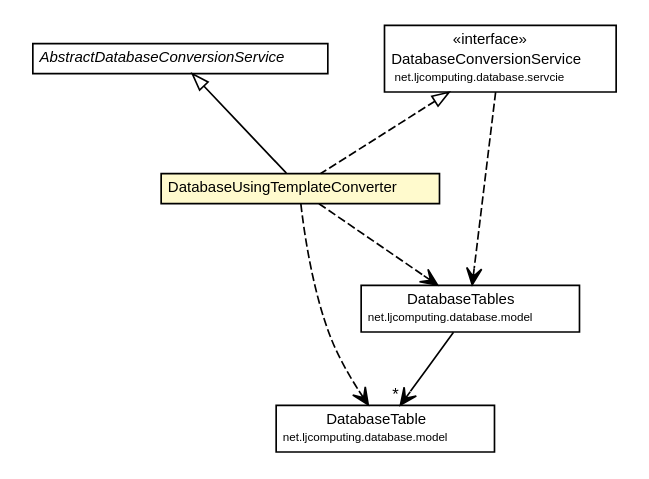
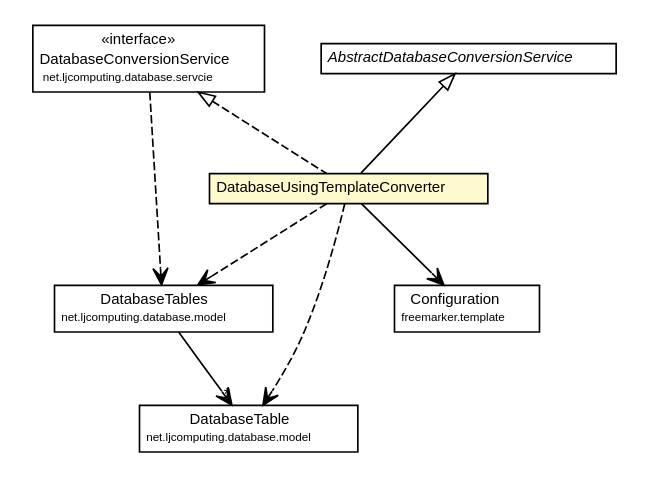
Before and after one commit to willmorejg/net.ljcomputing.database: the diagram in docs/javadoc/apidocs/net/ljcomputing/database/servcie/impl/DatabaseUsingTemplateConverter.dot, drawn with Graphviz. The commit also changed 94 other files, not shown here.

```diff
--- a/docs/javadoc/apidocs/net/ljcomputing/database/servcie/impl/DatabaseUsingTemplateConverter.dot
+++ b/docs/javadoc/apidocs/net/ljcomputing/database/servcie/impl/DatabaseUsingTemplateConverter.dot
@@ -1,58 +1,67 @@
 #!/usr/local/bin/dot
 #
 # Class diagram 
 # Generated by UMLGraph version R5_6 (http://www.umlgraph.org/)
 #
 
 digraph G {
 	edge [fontname="Helvetica",fontsize=10,labelfontname="Helvetica",labelfontsize=10];
 	node [fontname="Helvetica",fontsize=10,shape=plaintext];
 	nodesep=0.25;
 	ranksep=0.5;
+	// net.ljcomputing.database.servcie.impl.DatabaseUsingTemplateConverter
+	c801 [label=<<table title="net.ljcomputing.database.servcie.impl.DatabaseUsingTemplateConverter" border="0" cellborder="1" cellspacing="0" cellpadding="2" port="p" bgcolor="lemonChiffon" href="./DatabaseUsingTemplateConverter.html">
+		<tr><td><table border="0" cellspacing="0" cellpadding="1">
+<tr><td align="center" balign="center"> DatabaseUsingTemplateConverter </td></tr>
+		</table></td></tr>
+		</table>>, URL="./DatabaseUsingTemplateConverter.html", fontname="Helvetica", fontcolor="black", fontsize=9.0];
+	// net.ljcomputing.database.servcie.impl.AbstractDatabaseConversionService
+	c802 [label=<<table title="net.ljcomputing.database.servcie.impl.AbstractDatabaseConversionService" border="0" cellborder="1" cellspacing="0" cellpadding="2" port="p" href="./AbstractDatabaseConversionService.html">
+		<tr><td><table border="0" cellspacing="0" cellpadding="1">
+<tr><td align="center" balign="center"><font face="Helvetica-Oblique"> AbstractDatabaseConversionService </font></td></tr>
+		</table></td></tr>
+		</table>>, URL="./AbstractDatabaseConversionService.html", fontname="Helvetica", fontcolor="black", fontsize=9.0];
 	// net.ljcomputing.database.servcie.DatabaseConversionService
-	c229 [label=<<table title="net.ljcomputing.database.servcie.DatabaseConversionService" border="0" cellborder="1" cellspacing="0" cellpadding="2" port="p" href="../DatabaseConversionService.html">
+	c804 [label=<<table title="net.ljcomputing.database.servcie.DatabaseConversionService" border="0" cellborder="1" cellspacing="0" cellpadding="2" port="p" href="../DatabaseConversionService.html">
 		<tr><td><table border="0" cellspacing="0" cellpadding="1">
 <tr><td align="center" balign="center"> &#171;interface&#187; </td></tr>
 <tr><td align="center" balign="center"> DatabaseConversionService </td></tr>
 <tr><td align="center" balign="center"><font point-size="7.0"> net.ljcomputing.database.servcie </font></td></tr>
 		</table></td></tr>
 		</table>>, URL="../DatabaseConversionService.html", fontname="Helvetica", fontcolor="black", fontsize=9.0];
-	// net.ljcomputing.database.servcie.impl.DatabaseUsingTemplateConverter
-	c233 [label=<<table title="net.ljcomputing.database.servcie.impl.DatabaseUsingTemplateConverter" border="0" cellborder="1" cellspacing="0" cellpadding="2" port="p" bgcolor="lemonChiffon" href="./DatabaseUsingTemplateConverter.html">
-		<tr><td><table border="0" cellspacing="0" cellpadding="1">
-<tr><td align="center" balign="center"> DatabaseUsingTemplateConverter </td></tr>
-		</table></td></tr>
-		</table>>, URL="./DatabaseUsingTemplateConverter.html", fontname="Helvetica", fontcolor="black", fontsize=9.0];
-	// net.ljcomputing.database.servcie.impl.AbstractDatabaseConversionService
-	c234 [label=<<table title="net.ljcomputing.database.servcie.impl.AbstractDatabaseConversionService" border="0" cellborder="1" cellspacing="0" cellpadding="2" port="p" href="./AbstractDatabaseConversionService.html">
-		<tr><td><table border="0" cellspacing="0" cellpadding="1">
-<tr><td align="center" balign="center"><font face="Helvetica-Oblique"> AbstractDatabaseConversionService </font></td></tr>
-		</table></td></tr>
-		</table>>, URL="./AbstractDatabaseConversionService.html", fontname="Helvetica", fontcolor="black", fontsize=9.0];
 	// net.ljcomputing.database.model.DatabaseTables
-	c237 [label=<<table title="net.ljcomputing.database.model.DatabaseTables" border="0" cellborder="1" cellspacing="0" cellpadding="2" port="p" href="../../model/DatabaseTables.html">
+	c819 [label=<<table title="net.ljcomputing.database.model.DatabaseTables" border="0" cellborder="1" cellspacing="0" cellpadding="2" port="p" href="../../model/DatabaseTables.html">
 		<tr><td><table border="0" cellspacing="0" cellpadding="1">
 <tr><td align="center" balign="center"> DatabaseTables </td></tr>
 <tr><td align="center" balign="center"><font point-size="7.0"> net.ljcomputing.database.model </font></td></tr>
 		</table></td></tr>
 		</table>>, URL="../../model/DatabaseTables.html", fontname="Helvetica", fontcolor="black", fontsize=9.0];
 	// net.ljcomputing.database.model.DatabaseTable
-	c238 [label=<<table title="net.ljcomputing.database.model.DatabaseTable" border="0" cellborder="1" cellspacing="0" cellpadding="2" port="p" href="../../model/DatabaseTable.html">
+	c820 [label=<<table title="net.ljcomputing.database.model.DatabaseTable" border="0" cellborder="1" cellspacing="0" cellpadding="2" port="p" href="../../model/DatabaseTable.html">
 		<tr><td><table border="0" cellspacing="0" cellpadding="1">
 <tr><td align="center" balign="center"> DatabaseTable </td></tr>
 <tr><td align="center" balign="center"><font point-size="7.0"> net.ljcomputing.database.model </font></td></tr>
 		</table></td></tr>
 		</table>>, URL="../../model/DatabaseTable.html", fontname="Helvetica", fontcolor="black", fontsize=9.0];
 	//net.ljcomputing.database.servcie.impl.DatabaseUsingTemplateConverter extends net.ljcomputing.database.servcie.impl.AbstractDatabaseConversionService
-	c234:p -> c233:p [dir=back,arrowtail=empty];
+	c802:p -> c801:p [dir=back,arrowtail=empty];
 	//net.ljcomputing.database.servcie.impl.DatabaseUsingTemplateConverter implements net.ljcomputing.database.servcie.DatabaseConversionService
-	c229:p -> c233:p [dir=back,arrowtail=empty,style=dashed];
+	c804:p -> c801:p [dir=back,arrowtail=empty,style=dashed];
+	// net.ljcomputing.database.servcie.impl.DatabaseUsingTemplateConverter NAVASSOC freemarker.template.Configuration
+	c801:p -> c826:p [taillabel="", label="", headlabel="", fontname="Helvetica", fontcolor="black", fontsize=10.0, color="black", arrowhead=open];
 	// net.ljcomputing.database.model.DatabaseTables NAVASSOC net.ljcomputing.database.model.DatabaseTable
-	c237:p -> c238:p [taillabel="", label="", headlabel="*", fontname="Helvetica", fontcolor="black", fontsize=10.0, color="black", arrowhead=open];
+	c819:p -> c820:p [taillabel="", label="", headlabel="*", fontname="Helvetica", fontcolor="black", fontsize=10.0, color="black", arrowhead=open];
+	// net.ljcomputing.database.servcie.impl.DatabaseUsingTemplateConverter DEPEND net.ljcomputing.database.model.DatabaseTables
+	c801:p -> c819:p [taillabel="", label="", headlabel="", fontname="Helvetica", fontcolor="black", fontsize=10.0, color="black", arrowhead=open, style=dashed];
+	// net.ljcomputing.database.servcie.impl.DatabaseUsingTemplateConverter DEPEND net.ljcomputing.database.model.DatabaseTable
+	c801:p -> c820:p [taillabel="", label="", headlabel="", fontname="Helvetica", fontcolor="black", fontsize=10.0, color="black", arrowhead=open, style=dashed];
 	// net.ljcomputing.database.servcie.DatabaseConversionService DEPEND net.ljcomputing.database.model.DatabaseTables
-	c229:p -> c237:p [taillabel="", label="", headlabel="", fontname="Helvetica", fontcolor="black", fontsize=10.0, color="black", arrowhead=open, style=dashed];
-	// net.ljcomputing.database.servcie.impl.DatabaseUsingTemplateConverter DEPEND net.ljcomputing.database.model.DatabaseTable
-	c233:p -> c238:p [taillabel="", label="", headlabel="", fontname="Helvetica", fontcolor="black", fontsize=10.0, color="black", arrowhead=open, style=dashed];
-	// net.ljcomputing.database.servcie.impl.DatabaseUsingTemplateConverter DEPEND net.ljcomputing.database.model.DatabaseTables
-	c233:p -> c237:p [taillabel="", label="", headlabel="", fontname="Helvetica", fontcolor="black", fontsize=10.0, color="black", arrowhead=open, style=dashed];
+	c804:p -> c819:p [taillabel="", label="", headlabel="", fontname="Helvetica", fontcolor="black", fontsize=10.0, color="black", arrowhead=open, style=dashed];
+	// freemarker.template.Configuration
+	c826 [label=<<table title="freemarker.template.Configuration" border="0" cellborder="1" cellspacing="0" cellpadding="2" port="p">
+		<tr><td><table border="0" cellspacing="0" cellpadding="1">
+<tr><td align="center" balign="center"> Configuration </td></tr>
+<tr><td align="center" balign="center"><font point-size="7.0"> freemarker.template </font></td></tr>
+		</table></td></tr>
+		</table>>, URL="null", fontname="Helvetica", fontcolor="black", fontsize=9.0];
 }
```
